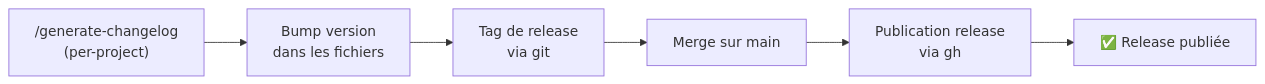
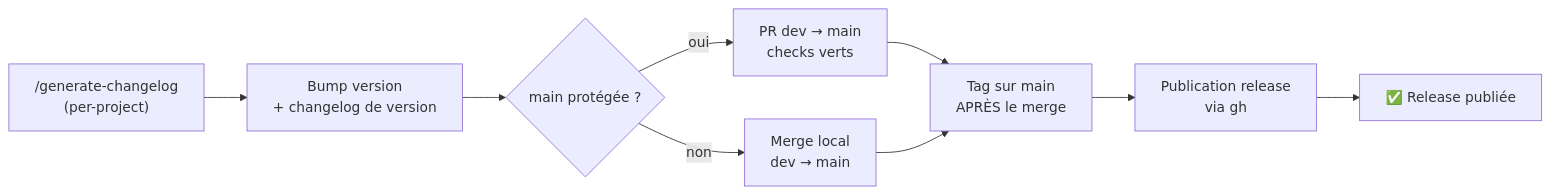
One commit to kbrdn1/dotfiles changed the sixth of 8 diagrams in dot_claude/WORKFLOW.md. Above: the diagram before and after it, drawn with Mermaid. The commit also changed other lines of this file, not shown here.

Commit message:
📝 docs(workflow): release passe par une PR quand main est protégée
Le workflow Release décrivait « bump version → tag → merge main », avec le
tag AVANT le merge dans le mermaid : faux dans les deux sens. Le tag doit
pointer le commit qui porte déjà le bump + le changelog, sinon la
publication n'est pas reproductible depuis le tag.

gwm-cli vient de protéger main (PR + 7 checks + enforce_admins), donc le
merge local dev → main n'existe plus là-bas. Formulé en générique (branche
« main protégée ? » dans le flow) pour ne pas imposer le cas gwm-cli aux
autres repos, qui gardent le merge direct.

````diff
--- a/dot_claude/WORKFLOW.md
+++ b/dot_claude/WORKFLOW.md
@@ -167,8 +171,11 @@
 ```mermaid
 flowchart LR
-    A["/generate-changelog<br/>(per-project)"] --> B[Bump version<br/>dans les fichiers]
-    B --> C[Tag de release<br/>via git]
-    C --> D[Merge sur main]
-    D --> E[Publication release<br/>via gh]
-    E --> F[✅ Release publiée]
+    A["/generate-changelog<br/>(per-project)"] --> B[Bump version<br/>+ changelog de version]
+    B --> C{main protégée ?}
+    C -->|oui| D[PR dev → main<br/>checks verts]
+    C -->|non| E[Merge local<br/>dev → main]
+    D --> F[Tag sur main<br/>APRÈS le merge]
+    E --> F
+    F --> G[Publication release<br/>via gh]
+    G --> H[✅ Release publiée]
 ```
````
